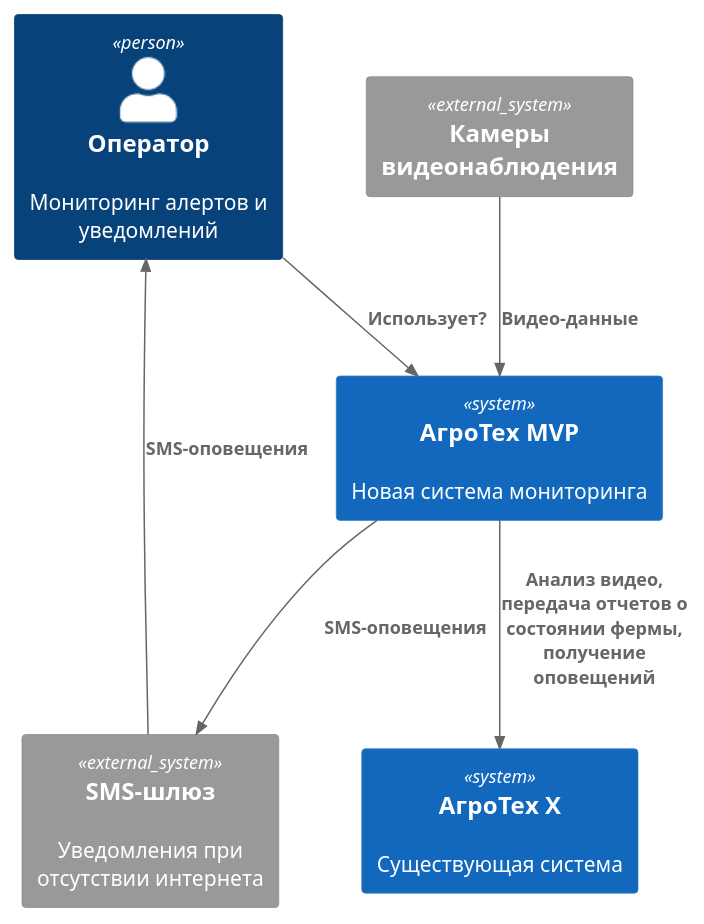
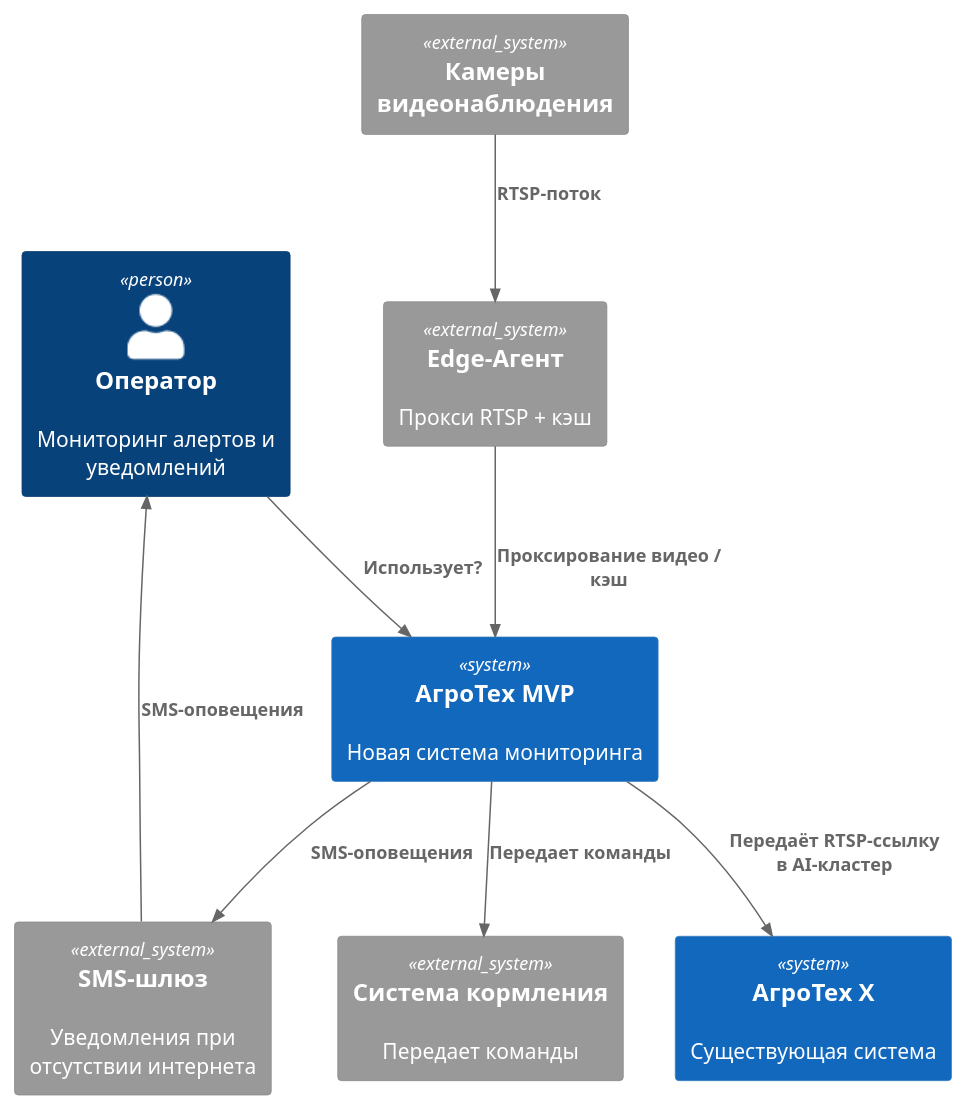
Before and after one commit to badKOT/MSA-AgroTech: the diagram in Task1/agrotech_c1_1.puml, drawn with PlantUML. The commit also changed 3 other files, not shown here.

```diff
--- a/Task1/agrotech_c1_1.puml
+++ b/Task1/agrotech_c1_1.puml
@@ -1,16 +1,20 @@
 @startuml
 !include https://raw.githubusercontent.com/plantuml-stdlib/C4-PlantUML/master/C4_Context.puml
 
 Person(operator, "Оператор", "Мониторинг алертов и уведомлений")
 
 System(agro_mvp, "АгроТех MVP", "Новая система мониторинга")
 System(current_system, "АгроТех Х", "Существующая система")
 System_Ext(cam_vendor, "Камеры видеонаблюдения")
 System_Ext(sms_gateway, "SMS-шлюз", "Уведомления при отсутствии интернета")
+System_Ext(feeding_system, "Система кормления", "Передает команды")
+System_Ext(edge_agent, "Edge-Агент", "Прокси RTSP + кэш")
 
+Rel(cam_vendor, edge_agent, "RTSP-поток")
+Rel(edge_agent, agro_mvp, "Проксирование видео / кэш")
 Rel(operator, agro_mvp, "Использует?")
-Rel(cam_vendor, agro_mvp, "Видео-данные")
+Rel(agro_mvp, feeding_system, "Передает команды")
 Rel(agro_mvp, sms_gateway, "SMS-оповещения")
-Rel(agro_mvp, current_system, "Анализ видео, передача отчетов о состоянии фермы, получение оповещений")
+Rel(agro_mvp, current_system, "Передаёт RTSP-ссылку в AI-кластер")
 Rel(sms_gateway, operator, "SMS-оповещения")
 @enduml
```
